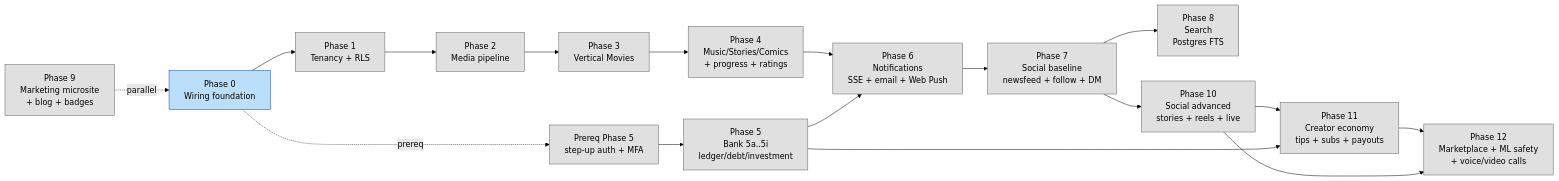
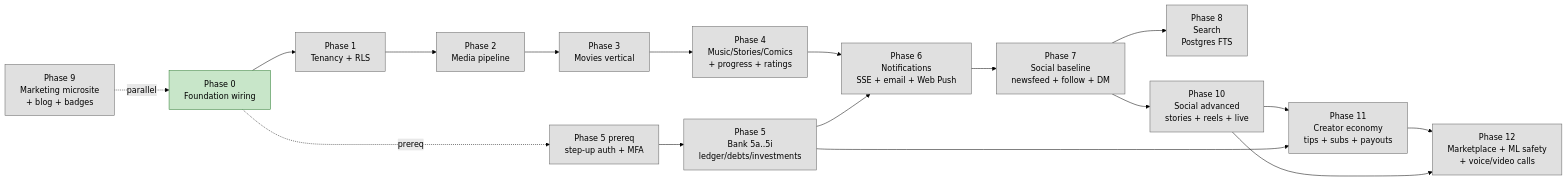
One commit to jackone2991/portal changed the seventh of 7 diagrams in doc/vi/diagrams.md. Above: the diagram before and after it, drawn with Mermaid (forest theme). The commit also changed other lines of this file and 50 other files, not shown here.

````diff
--- a/doc/vi/diagrams.md
+++ b/doc/vi/diagrams.md
@@ -488,38 +501,38 @@
 ```mermaid
 graph LR
     classDef done fill:#c8e6c9,stroke:#2e7d32,color:#000
     classDef next fill:#bbdefb,stroke:#0d47a1,color:#000
     classDef later fill:#e0e0e0,stroke:#616161,color:#000
 
-    P0[Phase 0<br/>Wiring foundation]:::next
+    P0[Phase 0<br/>Foundation wiring]:::done
     P1[Phase 1<br/>Tenancy + RLS]:::later
     P2[Phase 2<br/>Media pipeline]:::later
-    P3[Phase 3<br/>Vertical Movies]:::later
+    P3[Phase 3<br/>Movies vertical]:::later
     P4[Phase 4<br/>Music/Stories/Comics<br/>+ progress + ratings]:::later
-    P5pre[Prereq Phase 5<br/>step-up auth + MFA]:::later
-    P5[Phase 5<br/>Bank 5a..5i<br/>ledger/debt/investment]:::later
+    P5pre[Phase 5 prereq<br/>step-up auth + MFA]:::later
+    P5[Phase 5<br/>Bank 5a..5i<br/>ledger/debts/investments]:::later
     P6[Phase 6<br/>Notifications<br/>SSE + email + Web Push]:::later
     P7[Phase 7<br/>Social baseline<br/>newsfeed + follow + DM]:::later
     P8[Phase 8<br/>Search<br/>Postgres FTS]:::later
     P9[Phase 9<br/>Marketing microsite<br/>+ blog + badges]:::later
     P10[Phase 10<br/>Social advanced<br/>stories + reels + live]:::later
     P11[Phase 11<br/>Creator economy<br/>tips + subs + payouts]:::later
     P12[Phase 12<br/>Marketplace + ML safety<br/>+ voice/video calls]:::later
 
     P0 --> P1
     P1 --> P2
     P2 --> P3
     P3 --> P4
     P0 -.prereq.-> P5pre
     P5pre --> P5
     P4 --> P6
     P5 --> P6
     P6 --> P7
     P7 --> P8
     P7 --> P10
     P9 -.parallel.-> P0
     P10 --> P11
     P5 --> P11
     P11 --> P12
     P10 --> P12
 ```
````
